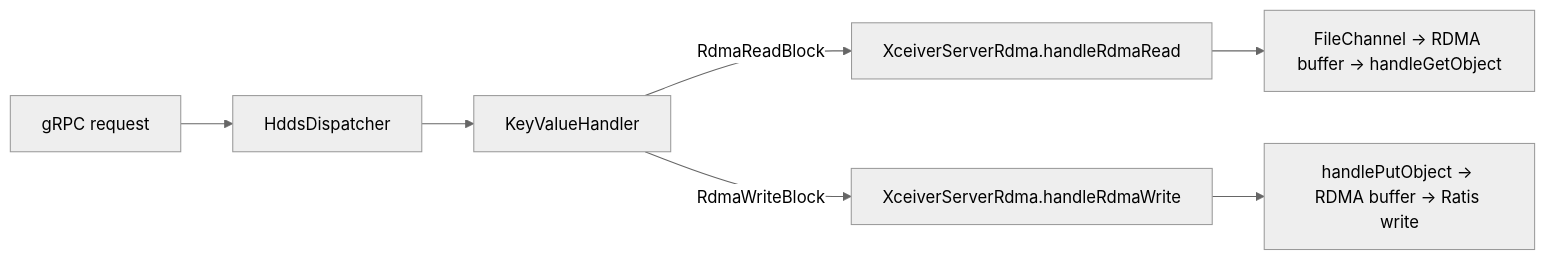
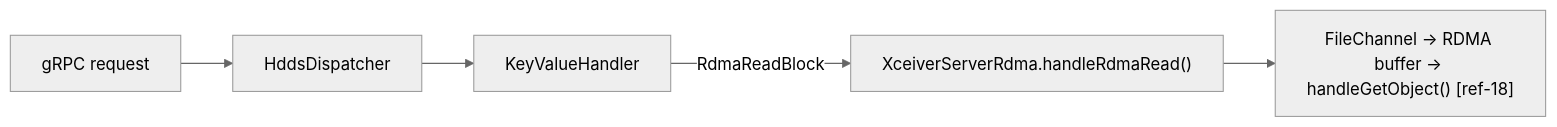
Before and after one commit to ptlrs/ozone: diagram 15 of 17 in docs/gds-dn-direct-rdma-implementation-spec.md, drawn with Mermaid (neutral theme). The commit also changed other lines of this file, not shown here.

Commit message:
GPUDIRECT. Update GPUDirect Storage spec to version 3.0 with phased S3 GET RDMA integration details

````diff
--- a/docs/gds-dn-direct-rdma-implementation-spec.md
+++ b/docs/gds-dn-direct-rdma-implementation-spec.md
@@ -2264,9 +2437,7 @@
 ```mermaid
 graph LR
   A[gRPC request] --> B[HddsDispatcher]
   B --> C[KeyValueHandler]
-  C -->|RdmaReadBlock| D[XceiverServerRdma.handleRdmaRead]
-  C -->|RdmaWriteBlock| D2[XceiverServerRdma.handleRdmaWrite]
-  D --> E[FileChannel → RDMA buffer → handleGetObject]
-D2 --> F[handlePutObject → RDMA buffer → Ratis write]
+  C -->|RdmaReadBlock| D["XceiverServerRdma.handleRdmaRead()"]
+  D --> E["FileChannel → RDMA buffer → handleGetObject() [ref-18]"]
 ```
````
